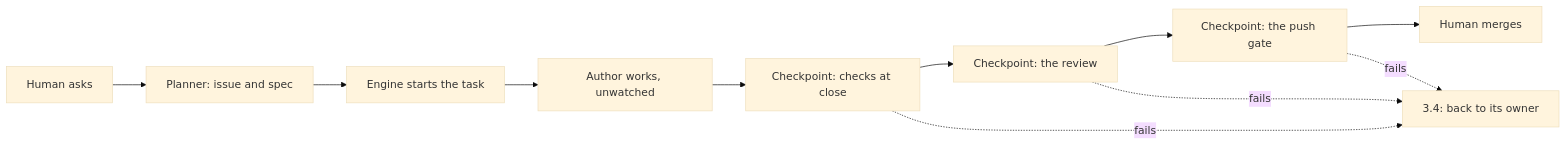
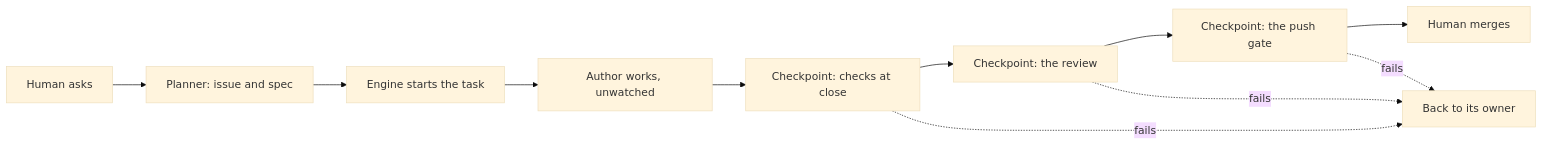
One commit to trustmybot/tmb changed the first of 4 diagrams in docs/flows/3_TASKS.md. Above: the diagram before and after it, drawn with Mermaid (base theme). The commit also changed other lines of this file and 6 other files, not shown here.

Commit message:
📝 docs: cut the flow list to the eleven high-level flows

````diff
--- a/docs/flows/3_TASKS.md
+++ b/docs/flows/3_TASKS.md
@@ -5,13 +5,13 @@
 ```mermaid
 flowchart LR
     A["Human asks"] --> B["Planner: issue and spec"]
     B --> C["Engine starts the task"]
     C --> D["Author works, unwatched"]
     D --> E["Checkpoint: checks at close"]
     E --> F["Checkpoint: the review"]
     F --> G["Checkpoint: the push gate"]
     G --> H["Human merges"]
-    E -. fails .-> X["3.4: back to its owner"]
+    E -. fails .-> X["Back to its owner"]
     F -. fails .-> X
     G -. fails .-> X
 ```
````
